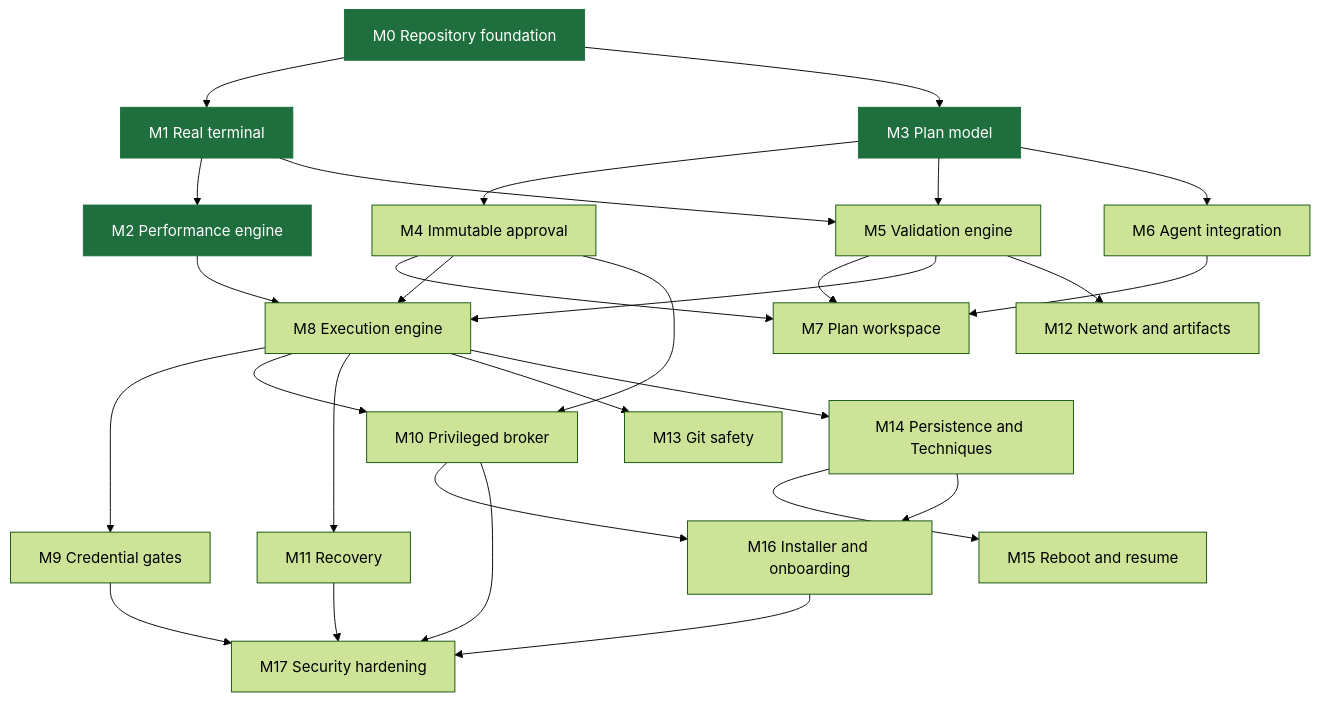
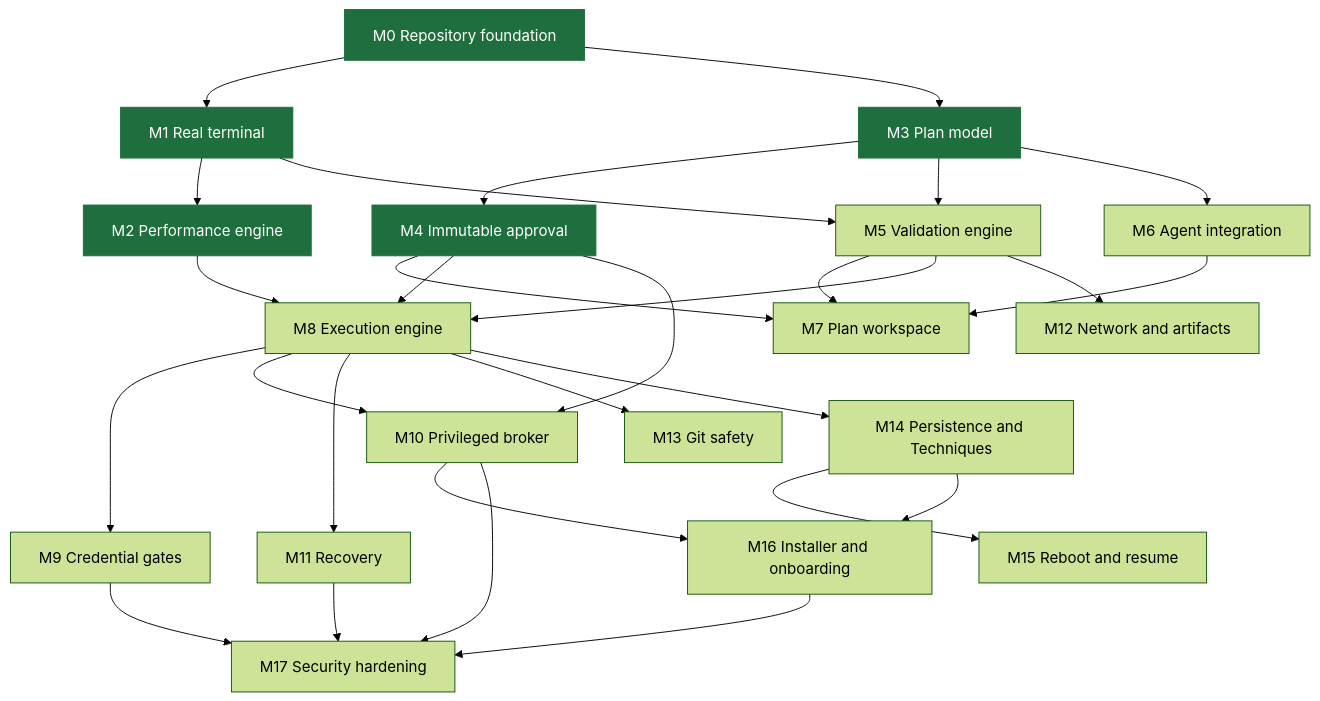
One commit to TheCodeSaiyan/keyjutsu changed the diagram in docs/architecture/dependency-graph.md. Above: the diagram before and after it, drawn with Mermaid (forest theme). The commit also changed other lines of this file and 30 other files, not shown here.

````diff
--- a/docs/architecture/dependency-graph.md
+++ b/docs/architecture/dependency-graph.md
@@ -8,33 +8,33 @@
 ```mermaid
 flowchart TD
     M0[M0 Repository foundation] --> M1[M1 Real terminal]
     M1 --> M2[M2 Performance engine]
     M0 --> M3[M3 Plan model]
     M3 --> M4[M4 Immutable approval]
     M3 --> M5[M5 Validation engine]
     M1 --> M5
     M3 --> M6[M6 Agent integration]
     M4 --> M7[M7 Plan workspace]
     M5 --> M7
     M6 --> M7
     M2 --> M8[M8 Execution engine]
     M4 --> M8
     M5 --> M8
     M8 --> M9[M9 Credential gates]
     M8 --> M10[M10 Privileged broker]
     M4 --> M10
     M8 --> M11[M11 Recovery]
     M5 --> M12[M12 Network and artifacts]
     M8 --> M13[M13 Git safety]
     M8 --> M14[M14 Persistence and Techniques]
     M14 --> M15[M15 Reboot and resume]
     M10 --> M16[M16 Installer and onboarding]
     M14 --> M16
     M9 --> M17[M17 Security hardening]
     M10 --> M17
     M11 --> M17
     M16 --> M17
 
     classDef done fill:#1e6f3d,color:#fff,stroke:#1e6f3d
-    class M0,M1,M2,M3 done
+    class M0,M1,M2,M3,M4 done
 ```
````
